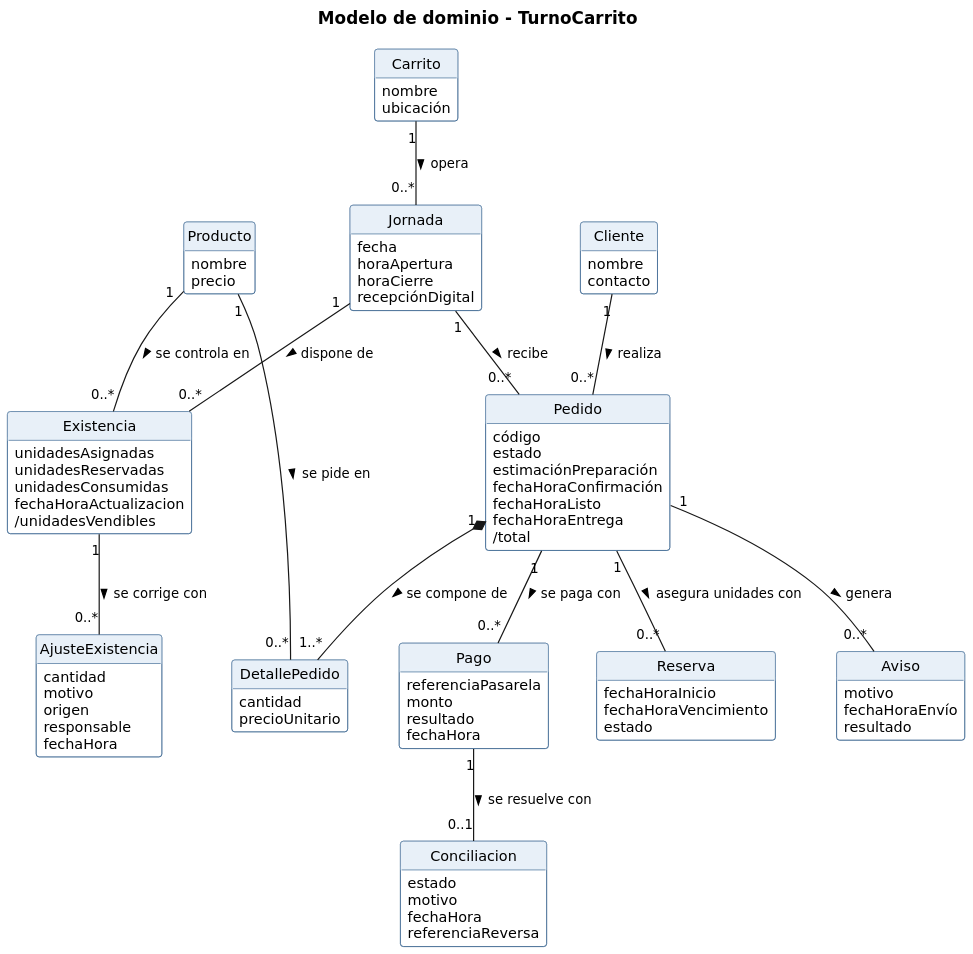
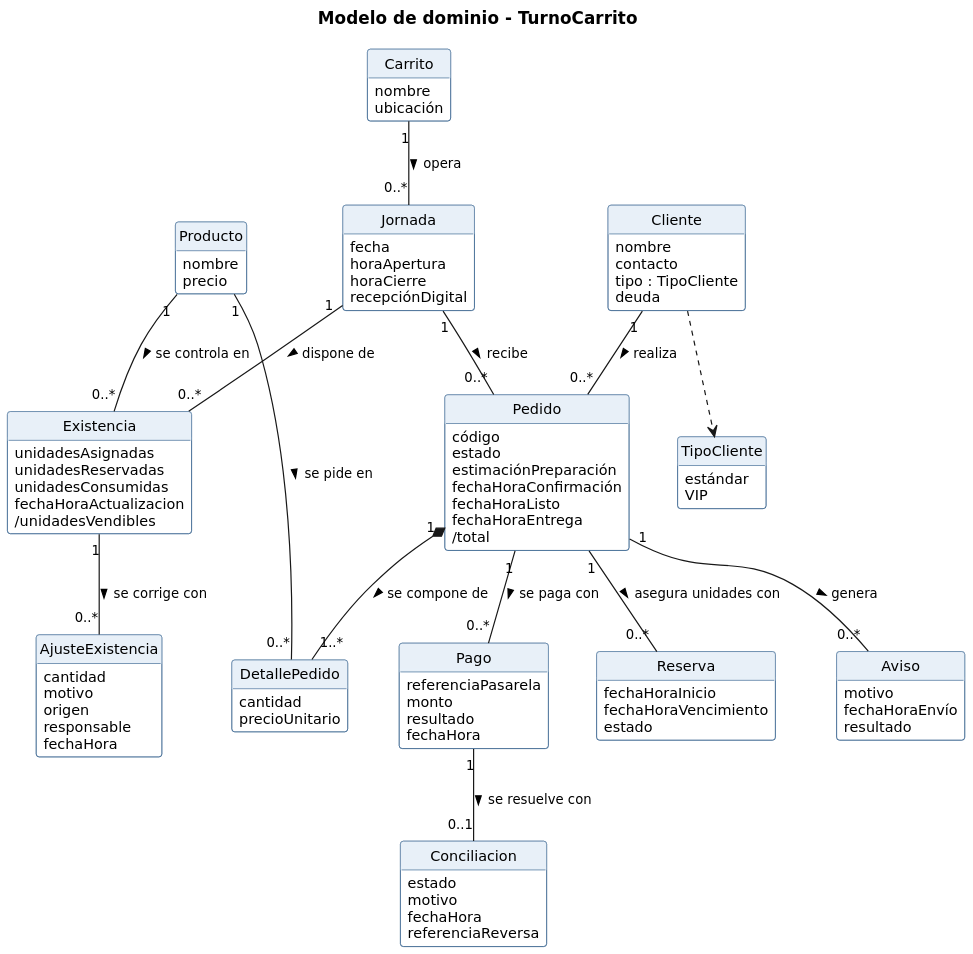
One commit to Sysfood/OptimizacionCarrito changed the diagram in diagramas/modelo-dominio.puml. Above: the diagram before and after it, drawn with PlantUML.

Commit message:
Cambio modelo de dominio puml

```diff
--- a/diagramas/modelo-dominio.puml
+++ b/diagramas/modelo-dominio.puml
@@ -1,112 +1,120 @@
 @startuml modelo-dominio
 title Modelo de dominio - TurnoCarrito
 
 hide circle
 hide methods
 skinparam classAttributeIconSize 0
 skinparam shadowing false
 skinparam dpi 160
 skinparam defaultFontName DejaVu Sans
 skinparam defaultFontSize 12
 skinparam ArrowFontSize 11
 skinparam class {
   BackgroundColor #FFFFFF
   BorderColor #2F5D8A
   HeaderBackgroundColor #E8F0F8
 }
 skinparam nodesep 40
 skinparam ranksep 55
 
 class Carrito {
   nombre
   ubicación
 }
 
 class Jornada {
   fecha
   horaApertura
   horaCierre
   recepciónDigital
 }
 
 class Producto {
   nombre
   precio
 }
 
 class Existencia {
   unidadesAsignadas
   unidadesReservadas
   unidadesConsumidas
   fechaHoraActualizacion
   /unidadesVendibles
 }
 
 class AjusteExistencia {
   cantidad
   motivo
   origen
   responsable
   fechaHora
 }
 
 class Cliente {
   nombre
   contacto
+  tipo : TipoCliente
+  deuda
+}
+
+enum TipoCliente {
+  estándar
+  VIP
 }
 
 class Pedido {
   código
   estado
   estimaciónPreparación
   fechaHoraConfirmación
   fechaHoraListo
   fechaHoraEntrega
   /total
 }
 
 class DetallePedido {
   cantidad
   precioUnitario
 }
 
 class Pago {
   referenciaPasarela
   monto
   resultado
   fechaHora
 }
 
 class Reserva {
   fechaHoraInicio
   fechaHoraVencimiento
   estado
 }
 
 class Conciliacion {
   estado
   motivo
   fechaHora
   referenciaReversa
 }
 
 class Aviso {
   motivo
   fechaHoraEnvío
   resultado
 }
 
 Carrito "1" -- "0..*" Jornada : opera >
 Jornada "1" -- "0..*" Existencia : dispone de >
 Producto "1" -- "0..*" Existencia : se controla en >
 Existencia "1" -- "0..*" AjusteExistencia : se corrige con >
 Cliente "1" -- "0..*" Pedido : realiza >
+Cliente ..> TipoCliente
 Jornada "1" -- "0..*" Pedido : recibe >
 Pedido "1" *-- "1..*" DetallePedido : se compone de >
 Producto "1" -- "0..*" DetallePedido : se pide en >
 Pedido "1" -- "0..*" Pago : se paga con >
 Pedido "1" -- "0..*" Reserva : asegura unidades con >
 Pedido "1" -- "0..*" Aviso : genera >
 Pago "1" -- "0..1" Conciliacion : se resuelve con >
 
 @enduml
```
